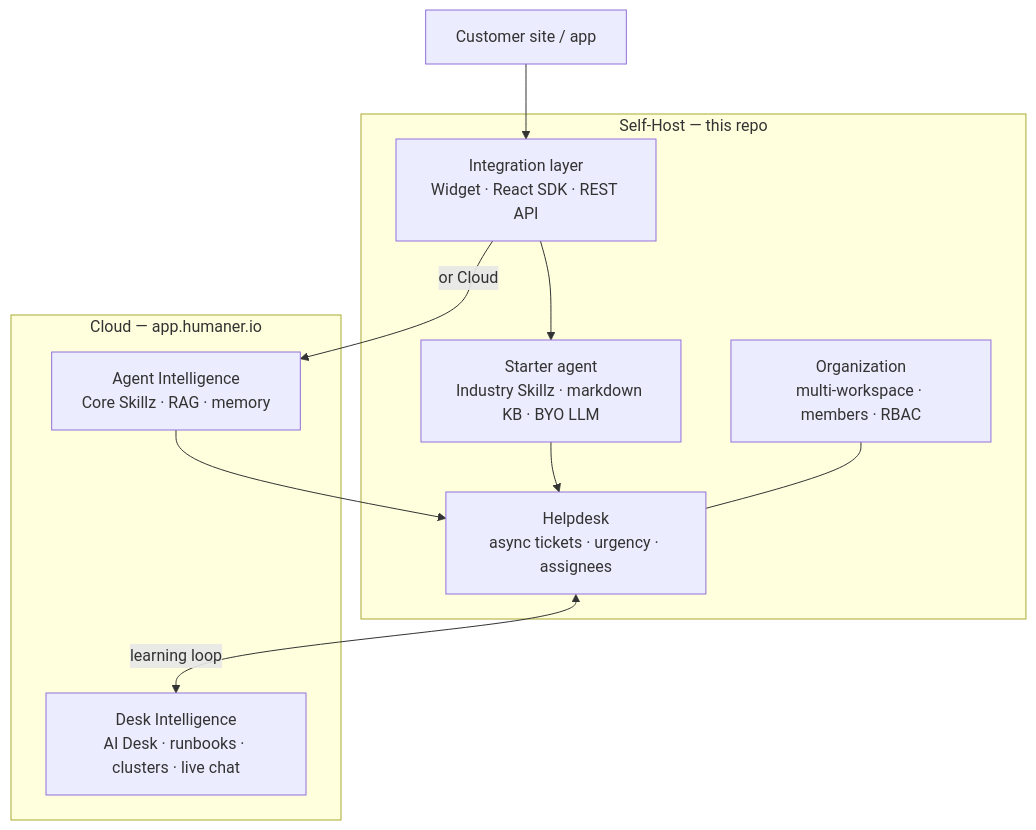
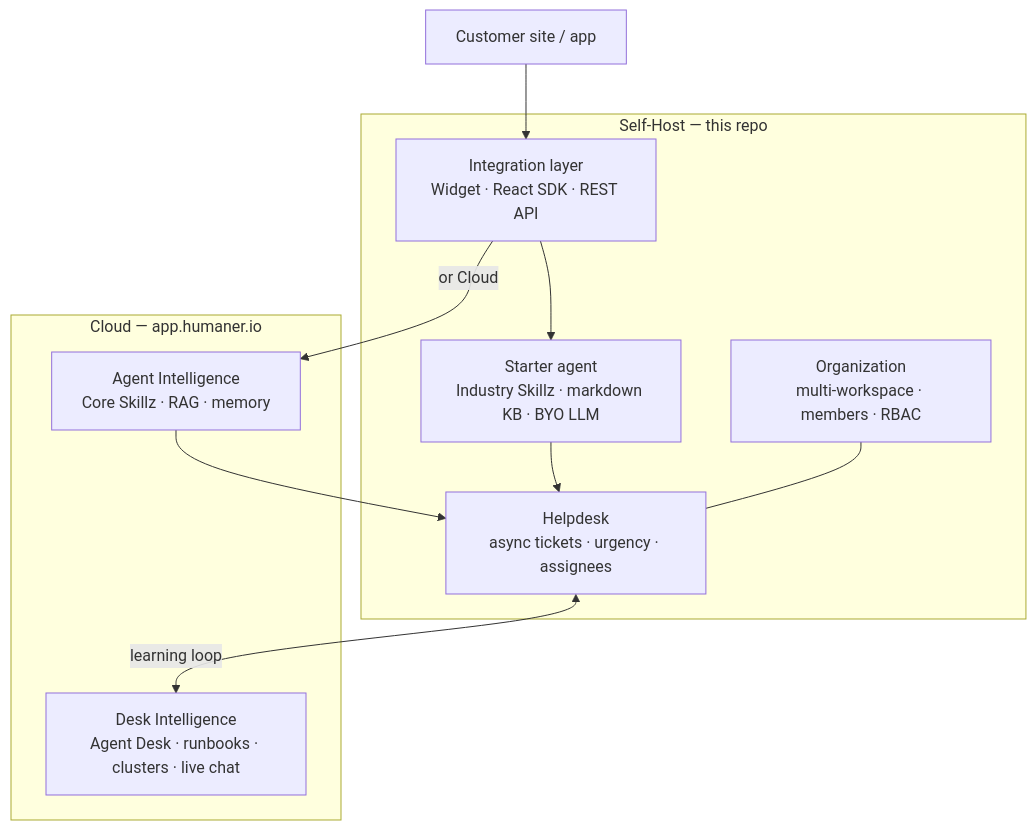
One commit to Humaner-inc/Humaner changed the diagram in README.md. Above: the diagram before and after it, drawn with Mermaid. The commit also changed other lines of this file and 18 other files, not shown here.

````diff
--- a/README.md
+++ b/README.md
@@ -35,24 +35,24 @@
 ```mermaid
 flowchart TB
   SITE[Customer site / app]
 
   subgraph SH["Self-Host — this repo"]
     INT["Integration layer<br/>Widget · React SDK · REST API"]
     ORG["Organization<br/>multi-workspace · members · RBAC"]
     SA["Starter agent<br/>Industry Skillz · markdown KB · BYO LLM"]
     HD["Helpdesk<br/>async tickets · urgency · assignees"]
   end
 
   subgraph HOSTED["Cloud — app.humaner.io"]
     HAI["Agent Intelligence<br/>Core Skillz · RAG · memory"]
-    HDI["Desk Intelligence<br/>AI Desk · runbooks · clusters · live chat"]
+    HDI["Desk Intelligence<br/>Agent Desk · runbooks · clusters · live chat"]
   end
 
   SITE --> INT
   INT --> SA
   SA --> HD
   INT -->|or Cloud| HAI
   HAI --> HD
   HD <-->|learning loop| HDI
   ORG --- HD
 ```
````
